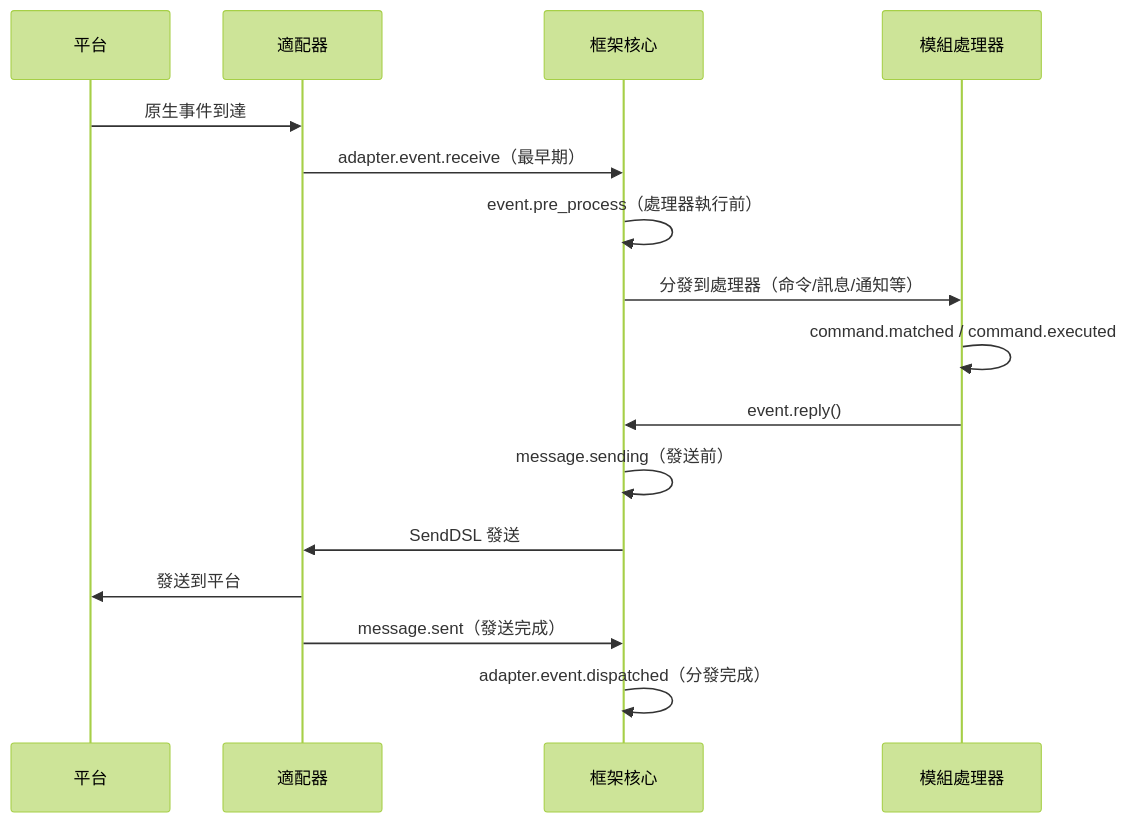
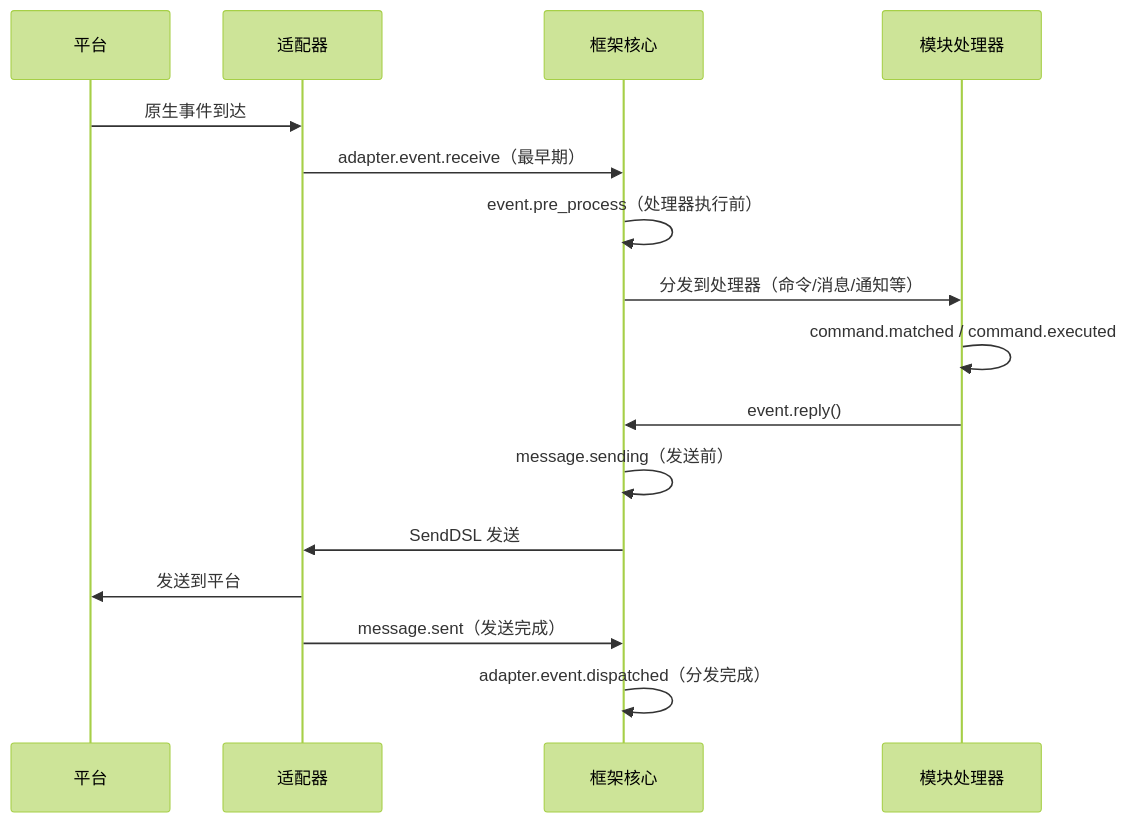
One commit to ErisPulse/ErisPulse changed the diagram in docs/zh-TW/advanced/lifecycle.md. Above: the diagram before and after it, drawn with Mermaid (forest theme). The commit also changed other lines of this file and 105 other files, not shown here.

````diff
--- a/docs/zh-TW/advanced/lifecycle.md
+++ b/docs/zh-TW/advanced/lifecycle.md
@@ -133,19 +133,19 @@
 ```mermaid
 sequenceDiagram
     participant P as 平台
-    participant A as 適配器
+    participant A as 适配器
     participant F as 框架核心
-    participant M as 模組處理器
+    participant M as 模块处理器
 
-    P->>A: 原生事件到達
+    P->>A: 原生事件到达
     A->>F: adapter.event.receive（最早期）
-    F->>F: event.pre_process（處理器執行前）
-    F->>M: 分發到處理器（命令/訊息/通知等）
+    F->>F: event.pre_process（处理器执行前）
+    F->>M: 分发到处理器（命令/消息/通知等）
     M->>M: command.matched / command.executed
     M->>F: event.reply()
-    F->>F: message.sending（發送前）
-    F->>A: SendDSL 發送
-    A->>P: 發送到平台
-    A->>F: message.sent（發送完成）
-    F->>F: adapter.event.dispatched（分發完成）
+    F->>F: message.sending（发送前）
+    F->>A: SendDSL 发送
+    A->>P: 发送到平台
+    A->>F: message.sent（发送完成）
+    F->>F: adapter.event.dispatched（分发完成）
 ```
````
